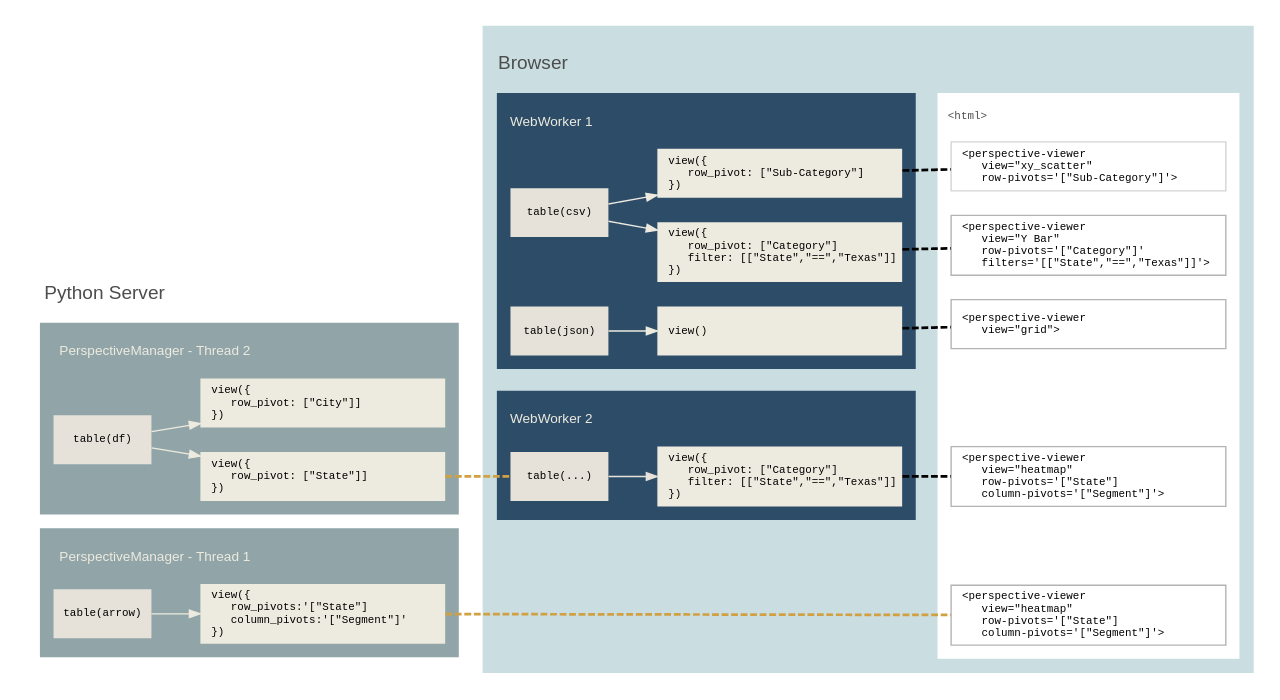
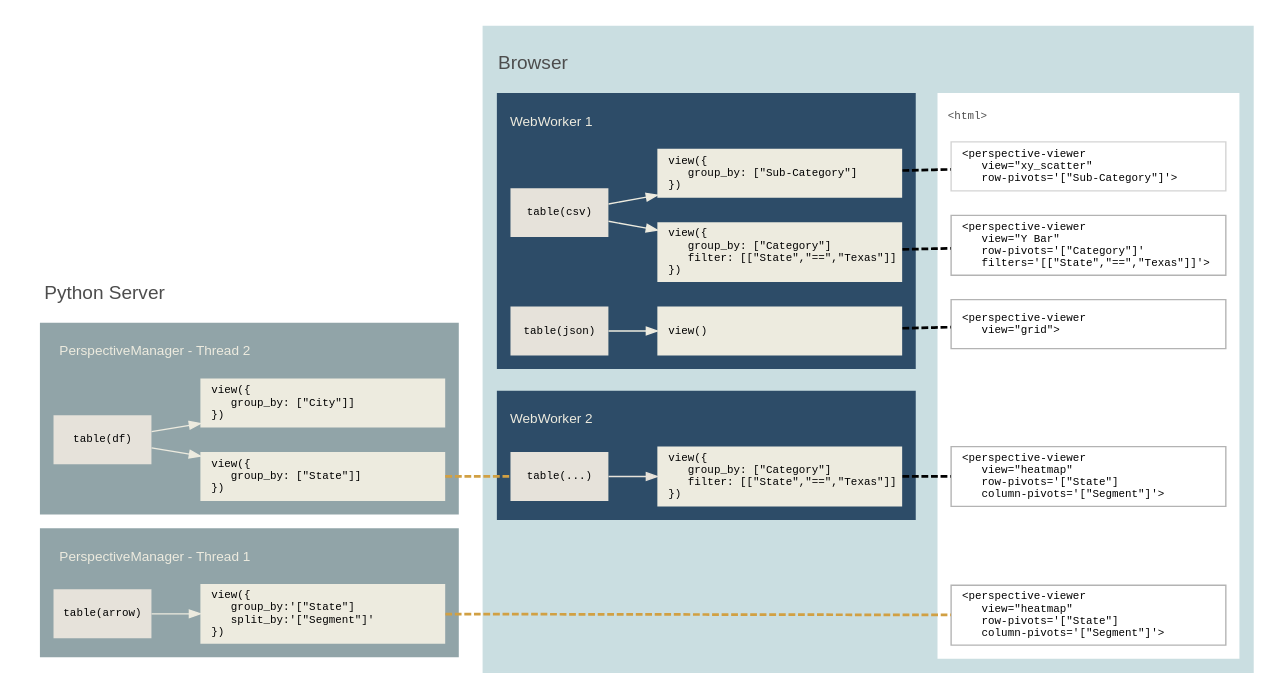
Before and after one commit to finos/perspective: the diagram in docs/static/svg/architecture.dot, drawn with Graphviz. The commit also changed 123 other files, not shown here.

Commit message:
Replace `row_pivots` with `group_by`, `column_pivots` with `split_by`

```diff
--- a/docs/static/svg/architecture.dot
+++ b/docs/static/svg/architecture.dot
@@ -1,196 +1,196 @@
 digraph G {
     graph [rankdir="LR" fontname="helvetica" labeljust="l"]
     node [shape="box" fontname="monospace" fontsize=8 color=gray70 style=filled fillcolor=white];
     edge [color="#EDEBDF" arrowsize=0.8]
     subgraph cluster_11 {
         label="\lPython Server";
         fontcolor=gray30
         margin=10
         color=none
         subgraph cluster_thread_2 {
             graph [
                 label="\lPerspectiveManager - Thread 2";
                 style=filled
                 fillcolor="#91A4A8"
                 color=none
                 fontcolor="#EDEBDF"
                 fontsize=10
                 margin=10
             ]
             table_thread_2 [
                 label="table(df)"
                 width=1
                 color=none
                 fillcolor="#E6E2DA"
             ]
             view_thread_2 [
-                label="view({\l    row_pivot: [\"State\"]]\l})\l"
+                label="view({\l    group_by: [\"State\"]]\l})\l"
                 width=2.5
                 color=none
                 fillcolor="#EDEBDF"
             ]
             view_thread_2_2 [
-                label="view({\l    row_pivot: [\"City\"]]\l})\l"
+                label="view({\l    group_by: [\"City\"]]\l})\l"
                 width=2.5
                 color=none
                 fillcolor="#EDEBDF"
             ]
             table_thread_2 -> view_thread_2_2;
             table_thread_2 -> view_thread_2;
         }
         subgraph cluster_thread_1 {
             graph [
                 label="\lPerspectiveManager - Thread 1";
                 style=filled
                 fillcolor="#91A4A8"
                 color=none
                 fontcolor="#EDEBDF"
                 fontsize=10
                 margin=10
             ]
             table_thread_1 [
                 label="table(arrow)"
                 width=1
                 color=none
                 fillcolor="#E6E2DA"
             ]
             view_thread_1 [
-                label="view({\l    row_pivots:'[\"State\"]\l    column_pivots:'[\"Segment\"]'\l})\l"
+                label="view({\l    group_by:'[\"State\"]\l    split_by:'[\"Segment\"]'\l})\l"
                 width=2.5
                 color=none
                 fillcolor="#EDEBDF"
             ]
             table_thread_1 -> view_thread_1;
         }
     }
     subgraph cluster_browser {
         graph [
             label="\lBrowser";
             color="#CADEE1";
             margin=10
             style=filled;
             fontcolor=gray30
         ]
         subgraph cluster_2 {
             graph [
                 label="\lWebWorker 1";
                 style=filled
                 margin=10
                 fillcolor="#2D4C68"
                 color=none
                 fontcolor="#EDEBDF"
                 fontsize=10
             ]
             table1 [
                 label="table(csv)"
                 width=1
                 color=none
                 fillcolor="#E6E2DA"
             ]
             table_remote_view [
                 label="table(json)"
                 width=1
                 color=none
                 fillcolor="#E6E2DA"
             ]
             view1 [
-                label="view({\l    row_pivot: [\"Category\"]\l    filter: [[\"State\",\"==\",\"Texas\"]]\l})\l"
+                label="view({\l    group_by: [\"Category\"]\l    filter: [[\"State\",\"==\",\"Texas\"]]\l})\l"
                 width=2.5
                 color=none
                 fillcolor="#EDEBDF"
             ]
             view2 [
-                label="view({\l    row_pivot: [\"Sub-Category\"]\l})\l"
+                label="view({\l    group_by: [\"Sub-Category\"]\l})\l"
                 width=2.5
                 color=none
                 fillcolor="#EDEBDF"
             ]
             view3 [
                 label="view()\l"
                 width=2.5
                 color=none
                 fillcolor="#EDEBDF"
             ]
             table1 -> {view1 view2};
             table_remote_view -> view3;
         }
         
         subgraph cluster_webworker2 {
             graph [
                 label="\lWebWorker 2";
                 style=filled
                 margin=10
                 fillcolor="#2D4C68"
                 color=none
                 fontcolor="#EDEBDF"
                 fontsize=10
             ]
             table12 [
                 label="table(...)"
                 width=1
                 color=none
                 fillcolor="#E6E2DA"
             ]
 
             view12 [
-                label="view({\l    row_pivot: [\"Category\"]\l    filter: [[\"State\",\"==\",\"Texas\"]]\l})\l"
+                label="view({\l    group_by: [\"Category\"]\l    filter: [[\"State\",\"==\",\"Texas\"]]\l})\l"
                 width=2.5
                 color=none
                 fillcolor="#EDEBDF"
             ]
 
             table12 -> {view12}  [color="#E6E2DA"];
         }
 
         view_thread_2  -> table12 [penwidth=2 style=dashed arrowhead=none color="#D1A043"];
 
         view1 -> viewer1 [penwidth=2 style=dashed arrowhead=none color="#666"];
         view2 -> viewer2 [penwidth=2 style=dashed arrowhead=none color="#666"];
         view3 -> viewer3 [penwidth=2 style=dashed arrowhead=none color="#666"];
 
         subgraph cluster_41 {
            graph [
                 label="\l<html>";
                 color=none
                 fillcolor=white
                 fontcolor=gray30
                 fontsize=10
                 fontname="monospace" fontsize=8 color=none 
 
             ]
             viewer1 [
                 label = "<perspective-viewer\l    view=\"Y Bar\"\l    row-pivots='[\"Category\"]'\l    filters='[[\"State\",\"==\",\"Texas\"]]'>\l"
                 width=2.8
             ];
             viewer2 [
                 label = "<perspective-viewer\l    view=\"xy_scatter\"\l    row-pivots='[\"Sub-Category\"]'>\l"
                 width=2.8
                 color=lightgrey
             ];
             viewer3 [
                 label = "<perspective-viewer\l    view=\"grid\">\l"
                 width=2.8
             ];
             viewerN [
                 style=invis
             ]
             
             viewer5 [
                 label = "<perspective-viewer\l    view=\"heatmap\"\l    row-pivots='[\"State\"]\l    column-pivots='[\"Segment\"]'>\l"
                 width=2.8
             ];
             viewerZ [
                 style=invis
                 height=0.3
             ]
             viewer4 [
                 label = "<perspective-viewer\l    view=\"heatmap\"\l    row-pivots='[\"State\"]\l    column-pivots='[\"Segment\"]'>\l"
                 width=2.8
             ];
             view_thread_1 -> viewer4 [penwidth=2 style=dashed arrowhead=none color="#D1A043" constraint=false];
             view12 -> viewer5 [penwidth=2 style=dashed arrowhead=none color="#666"];
         }
       
         
     }	
 }
```
